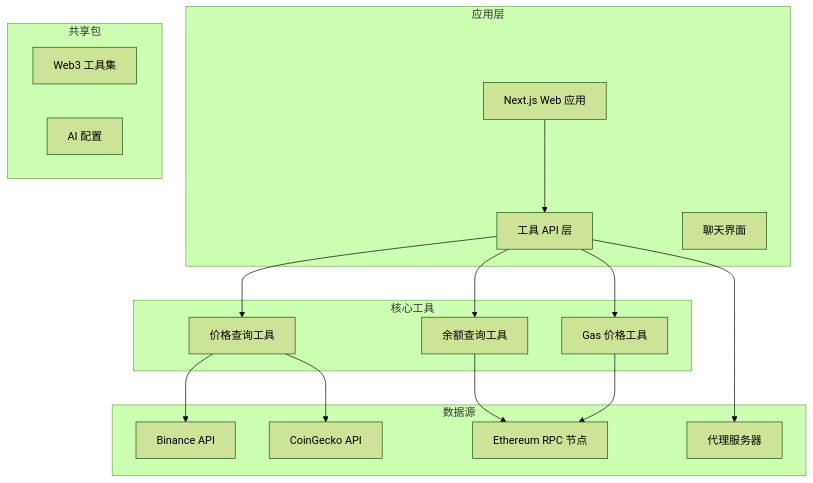
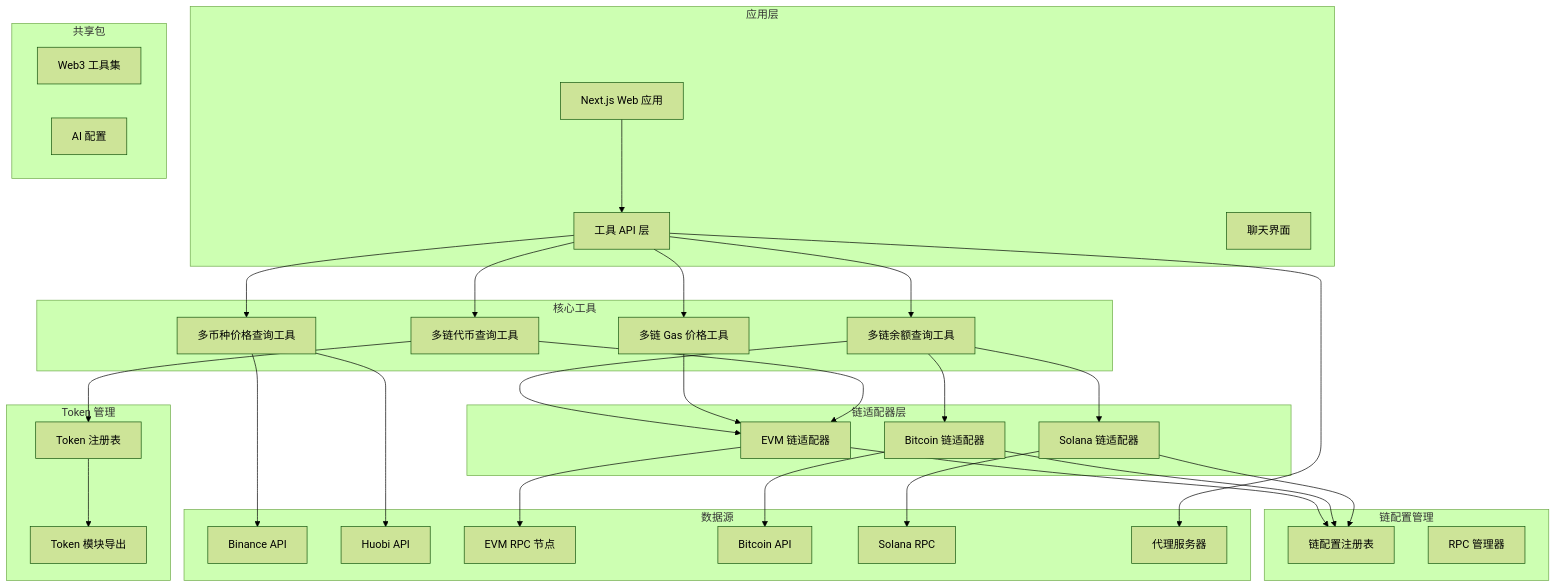
The first of 12 diagrams in .qoder/repowiki/zh/content/Web3工具集成/核心Web3工具实现/核心Web3工具实现.md (CryptoLinxu/Web3-AI-Agent), drawn with Mermaid (forest theme) before and after one commit. The commit also changed other lines of this file and 9 other files, not shown here.

````diff
--- a/.qoder/repowiki/zh/content/Web3工具集成/核心Web3工具实现/核心Web3工具实现.md
+++ b/.qoder/repowiki/zh/content/Web3工具集成/核心Web3工具实现/核心Web3工具实现.md
@@ -46,32 +51,60 @@
 ```mermaid
 graph TB
 subgraph "应用层"
 WebApp[Next.js Web 应用]
 API[工具 API 层]
 Chat[聊天界面]
 end
 subgraph "共享包"
 Web3Tools[Web3 工具集]
 AIConfig[AI 配置]
 end
 subgraph "核心工具"
-PriceTool[价格查询工具]
-BalanceTool[余额查询工具]
-GasTool[Gas 价格工具]
+PriceTool[多币种价格查询工具]
+BalanceTool[多链余额查询工具]
+GasTool[多链 Gas 价格工具]
+TokenTool[多链代币查询工具]
+end
+subgraph "链适配器层"
+EVMAdapter[EVM 链适配器]
+BitcoinAdapter[Bitcoin 链适配器]
+SolanaAdapter[Solana 链适配器]
+end
+subgraph "链配置管理"
+ChainConfig[链配置注册表]
+RPCManager[RPC 管理器]
+end
+subgraph "Token 管理"
+TokenRegistry[Token 注册表]
+TokenIndex[Token 模块导出]
 end
 subgraph "数据源"
 Binance[Binance API]
-CoinGecko[CoinGecko API]
-RPCNode[Ethereum RPC 节点]
+Huobi[Huobi API]
+RPCNodes[EVM RPC 节点]
+BitcoinAPI[Bitcoin API]
+SolanaRPC[Solana RPC]
 ProxyAgent[代理服务器]
 end
 WebApp --> API
 API --> PriceTool
 API --> BalanceTool
 API --> GasTool
+API --> TokenTool
 PriceTool --> Binance
-PriceTool --> CoinGecko
-BalanceTool --> RPCNode
-GasTool --> RPCNode
+PriceTool --> Huobi
+BalanceTool --> EVMAdapter
+BalanceTool --> BitcoinAdapter
+BalanceTool --> SolanaAdapter
+GasTool --> EVMAdapter
+TokenTool --> TokenRegistry
+TokenTool --> EVMAdapter
+EVMAdapter --> ChainConfig
+BitcoinAdapter --> ChainConfig
+SolanaAdapter --> ChainConfig
+EVMAdapter --> RPCNodes
+BitcoinAdapter --> BitcoinAPI
+SolanaAdapter --> SolanaRPC
+TokenRegistry --> TokenIndex
 API --> ProxyAgent
 ```
````
